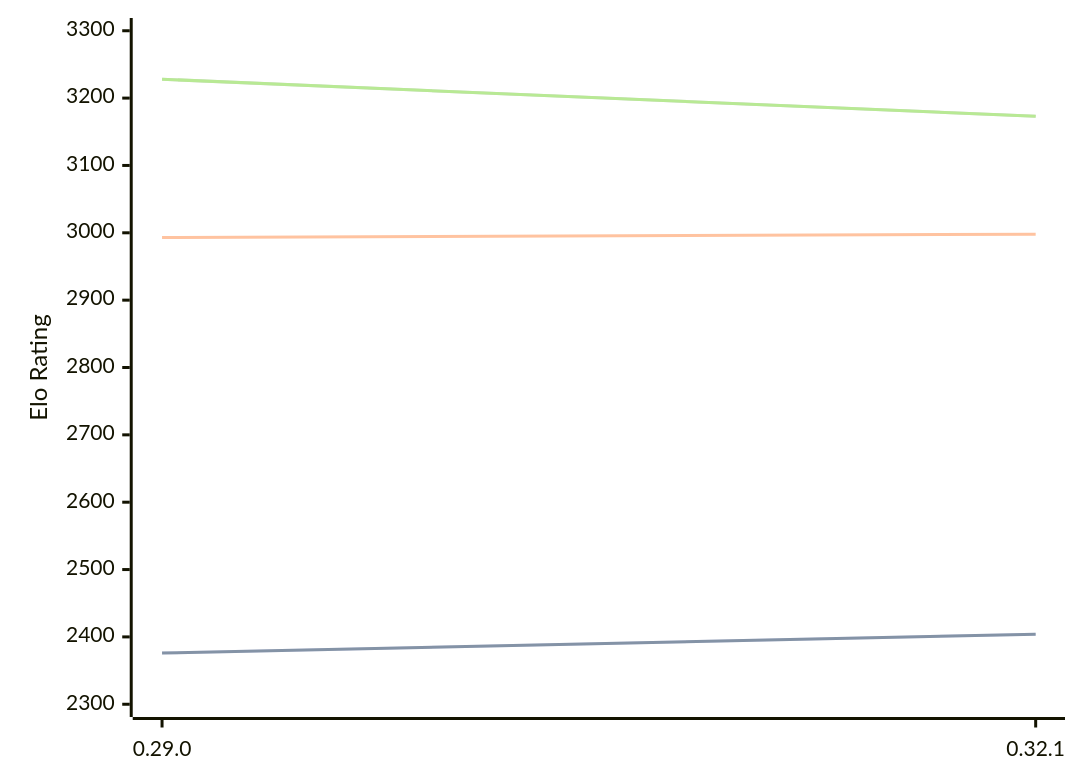
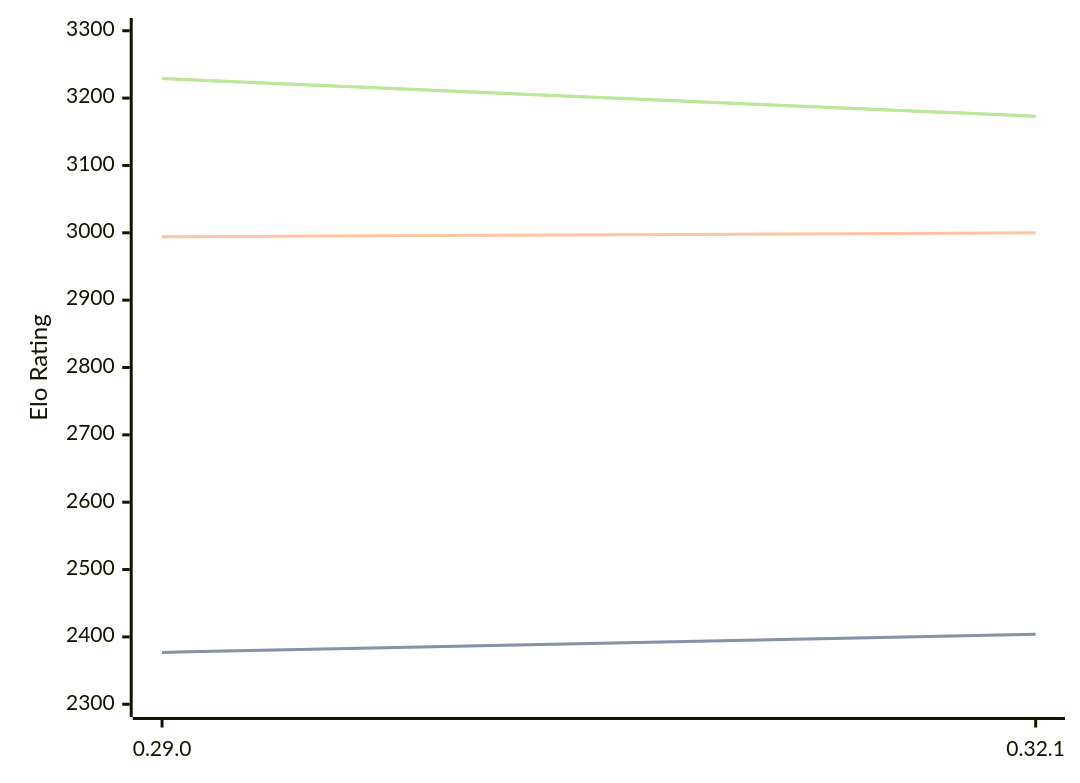
Before and after one commit to computer-chess-index/cci: the diagram in engines/Lc0.md, drawn with Mermaid. The commit also changed other lines of this file, not shown here.

Commit message:
Update CCI Ratings (ELO VLTC) - 2026-08-27

````diff
--- a/engines/Lc0.md
+++ b/engines/Lc0.md
@@ -32,11 +32,11 @@
 ```mermaid
 %%{init: {"theme":"base","themeVariables":{"seriesColors:['#a3a3a3','#222221','#faa371']}}}%%
 xychart-beta
   x-axis ["0.29.0", "0.32.1"]
   y-axis "Elo Rating" 2300 --> 3300
-  line "STC (8.0+0.08s)" [2376, 2404]
-  line "STC (8.0+0.08s)" [2376, 2404]
-  line "LTC (60.0+0.60s)" [2993, 2998]
-  line "VLTC (2m24s+1.12s)" [3228, 3173]
-  line "VLTC (2m24s+1.12s)" [3228, 3173]
+  line "STC (8.0+0.08s)" [2377, 2404]
+  line "STC (8.0+0.08s)" [2377, 2404]
+  line "LTC (60.0+0.60s)" [2994, 3000]
+  line "VLTC (2m24s+1.12s)" [3229, 3173]
+  line "VLTC (2m24s+1.12s)" [3229, 3173]
 ```
````
